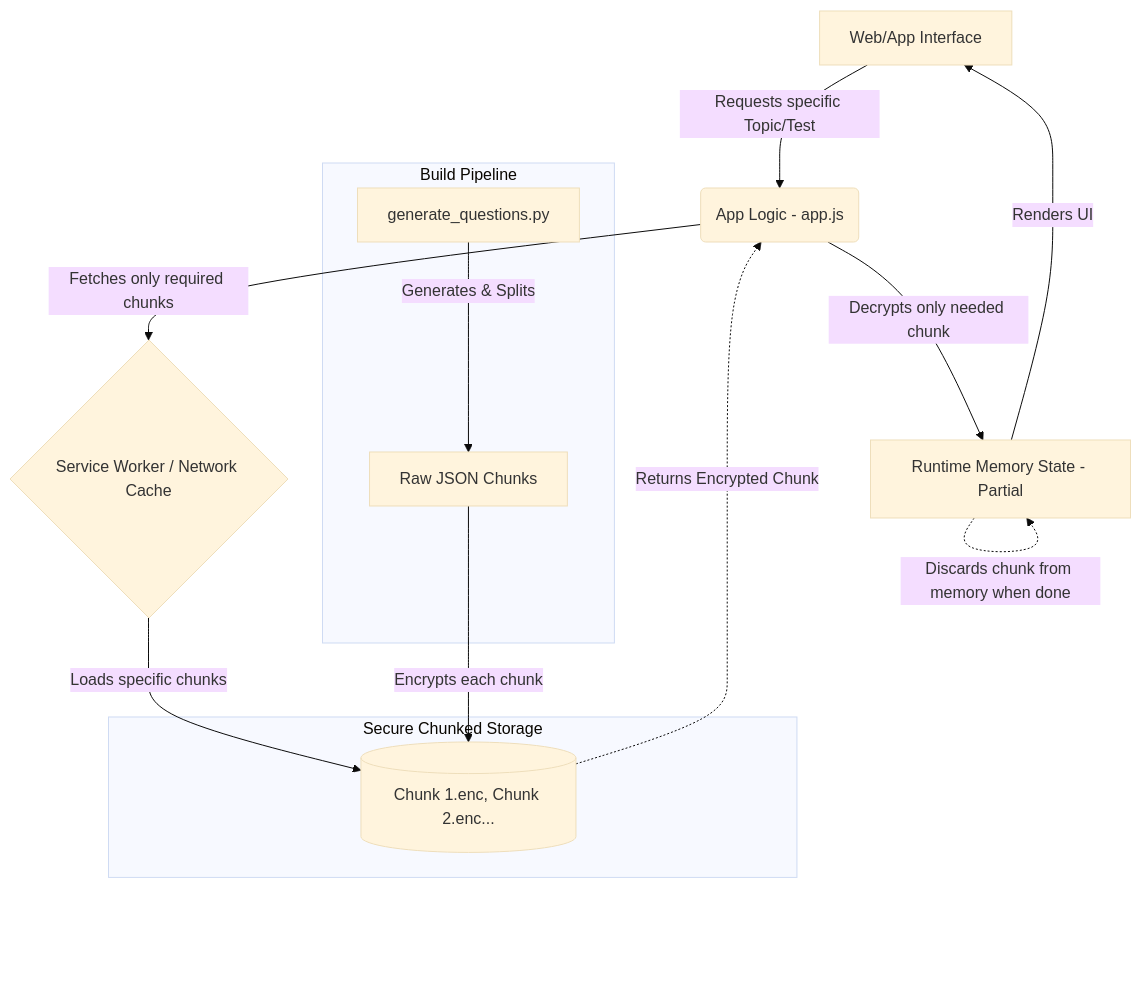
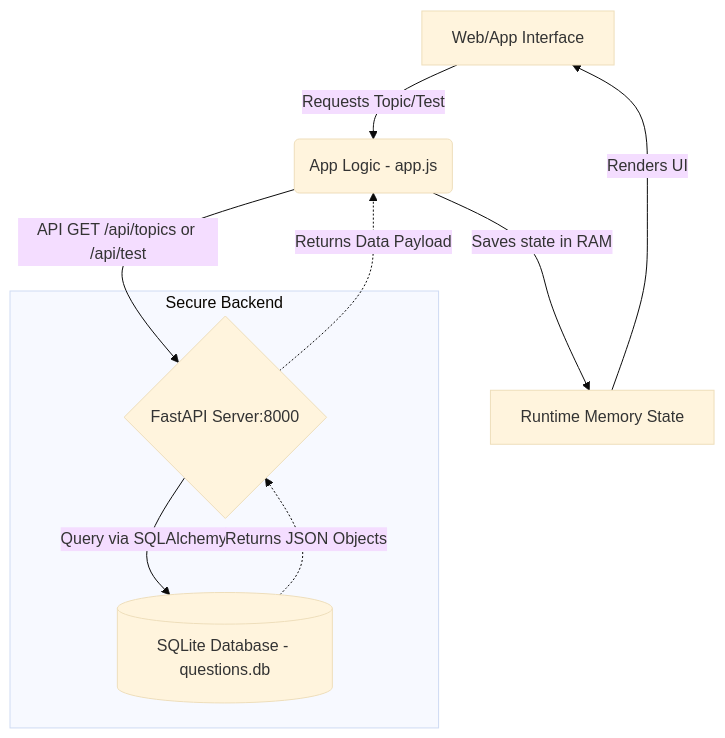
Before and after one commit to gauravaruag001/python_projects: the diagram in linuk-tester/ARCHITECTURE.md, drawn with Mermaid (base theme). The commit also changed other lines of this file and 28 other files, not shown here.

Commit message:
Migrate linuk-tester to FastAPI and SQLite backend, add 199 dynamically generated questions from Gemini, and remove obsolete encryption scripts

````diff
--- a/linuk-tester/ARCHITECTURE.md
+++ b/linuk-tester/ARCHITECTURE.md
@@ -28,20 +30,16 @@
 ```mermaid
 graph TD
-    A[Web/App Interface] -->|Requests specific Topic/Test| B(App Logic - app.js)
-    B -->|Fetches only required chunks| C{Service Worker / Network Cache}
-    C -->|Loads specific chunks| D[(Chunk 1.enc, Chunk 2.enc...)]
-    D -.->|Returns Encrypted Chunk| B
-    B -->|Decrypts only needed chunk| E[Runtime Memory State - Partial]
+    A[Web/App Interface] -->|Requests Topic/Test| B(App Logic - app.js)
+    B -->|API GET /api/topics or /api/test| C{FastAPI Server:8000}
+    C -->|Query via SQLAlchemy| D[(SQLite Database - questions.db)]
+    D -.->|Returns JSON Objects| C
+    C -.->|Returns Data Payload| B
+    B -->|Saves state in RAM| E[Runtime Memory State]
     E -->|Renders UI| A
-    E -.->|Discards chunk from memory when done| E
     
-    subgraph Secure Chunked Storage
+    subgraph Secure Backend
+        C
         D
-        %% Note: Encrypted chunks reside here. Full database is never assembled.
-    end
-    
-    subgraph Build Pipeline
-        F[generate_questions.py] -->|Generates & Splits| G[Raw JSON Chunks]
-        G -->|Encrypts each chunk| D
+        %% Note: The full DB is safeguarded on the server.
     end
 ```
````
